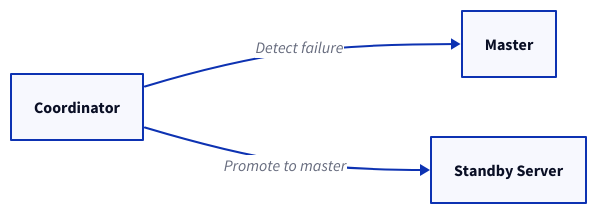
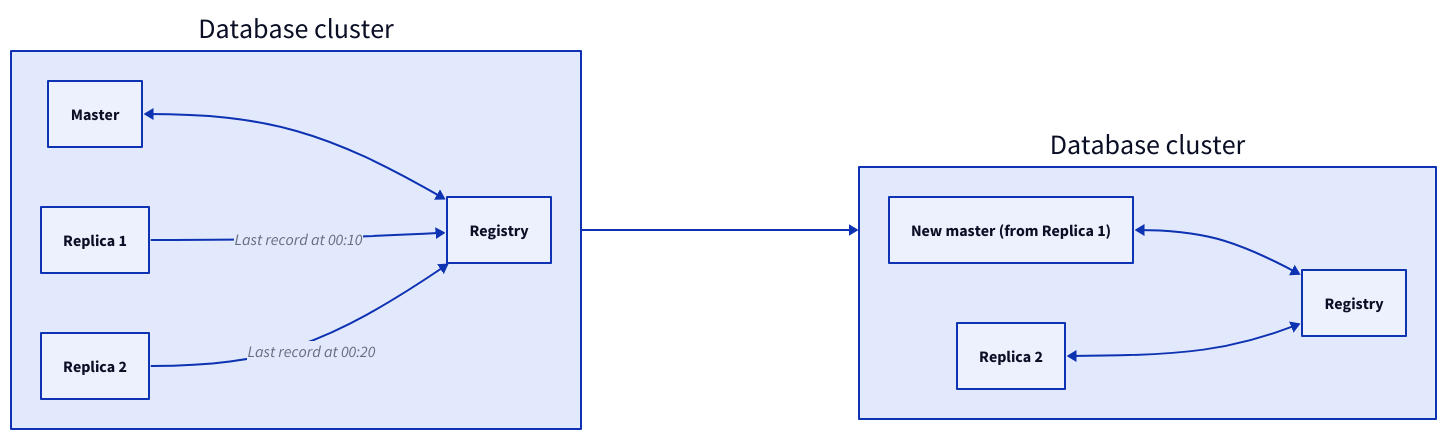
The fourth of 5 diagrams in content/data-persistence/distributed-database/master-slave-architecture.md (link1905/system-design-101), drawn with D2 before and after one commit. The commit also changed other lines of this file, not shown here.

````diff
--- a/content/data-persistence/distributed-database/master-slave-architecture.md
+++ b/content/data-persistence/distributed-database/master-slave-architecture.md
@@ -153,14 +144,37 @@
 ```d2
 direction: right
-c: Coordinator {
-  class: server
+db: Database cluster {
+  s1: Master {
+    class: error
+  }
+  s2: Replica 1 {
+    class: server
+  }
+  s3: Replica 2 {
+    class: server
+  }
+  r: Registry {
+    class: server
+  }
+  s1 <-> r {
+    class: error-conn
+  }
+  s2 -> r: "Last record at 00:10"
+  s3 -> r: "Last record at 00:20"
 }
-m: Master {
-  class: generic-error
+
+db-pro: Database cluster {
+  s2: New master (from Replica 1) {
+    class: server
+  }
+  s3: Replica 2 {
+    class: server
+  }
+  r: Registry {
+    class: server
+  }
+  s2 <-> r
+  s3 <-> r
 }
-r: Standby Server {
-  class: server
-}
-c -> m: Detect failure
-c -> r: Promote to master
+db -> db-pro
 ```
````
